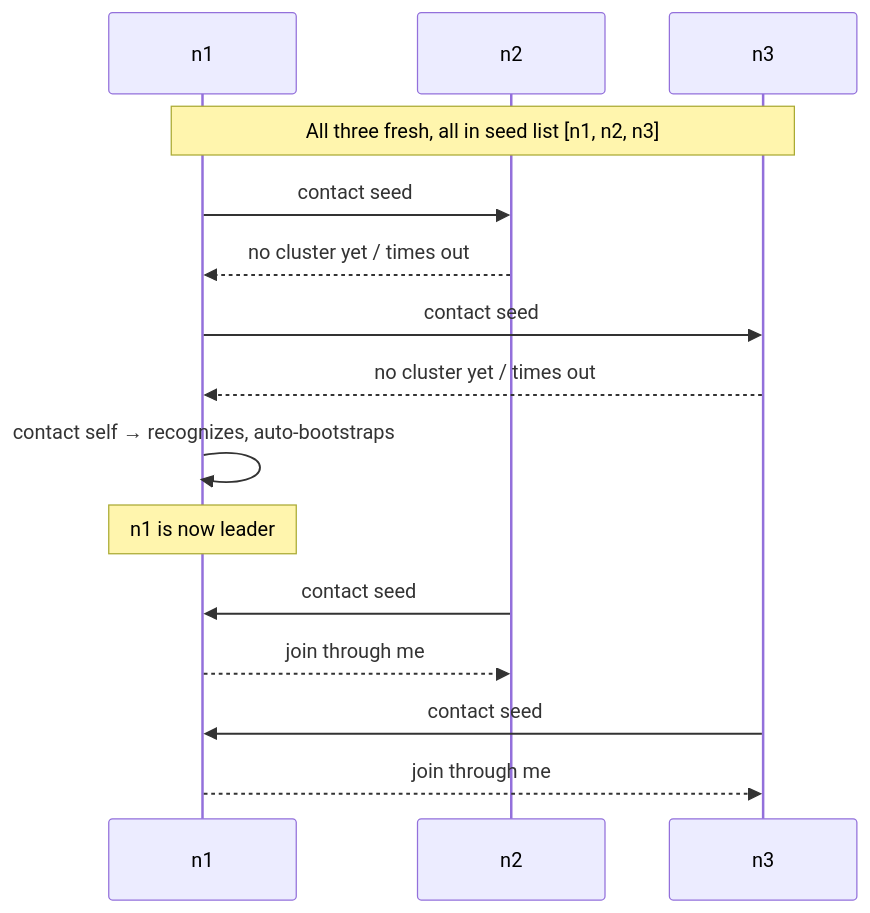
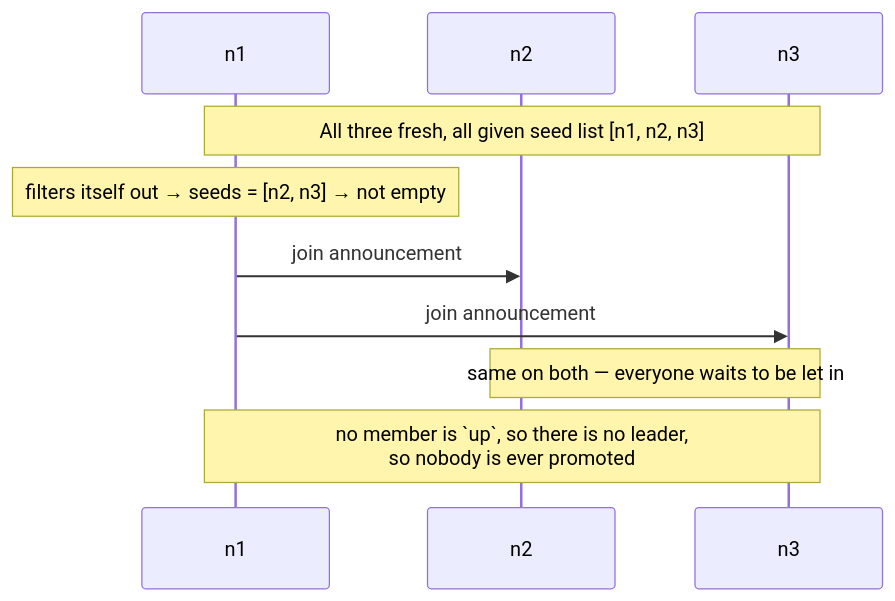
One commit to pathosDev/actor-ts changed the second of 2 diagrams in docs/src/content/docs/cluster/joining-and-seeds.mdx. Above: the diagram before and after it, drawn with Mermaid. The commit also changed other lines of this file and 21 other files, not shown here.

````diff
--- a/docs/src/content/docs/cluster/joining-and-seeds.mdx
+++ b/docs/src/content/docs/cluster/joining-and-seeds.mdx
@@ -101,17 +106,12 @@
 ```mermaid
 sequenceDiagram
   participant N1 as n1
   participant N2 as n2
   participant N3 as n3
-  Note over N1,N3: All three fresh, all in seed list [n1, n2, n3]
-  N1->>N2: contact seed
-  N2-->>N1: no cluster yet / times out
-  N1->>N3: contact seed
-  N3-->>N1: no cluster yet / times out
-  N1->>N1: contact self → recognizes, auto-bootstraps
-  Note over N1: n1 is now leader
-  N2->>N1: contact seed
-  N1-->>N2: join through me
-  N3->>N1: contact seed
-  N1-->>N3: join through me
+  Note over N1,N3: All three fresh, all given seed list [n1, n2, n3]
+  Note over N1: filters itself out → seeds = [n2, n3] → not empty
+  N1->>N2: join announcement
+  N1->>N3: join announcement
+  Note over N2,N3: same on both — everyone waits to be let in
+  Note over N1,N3: no member is `up`, so there is no leader,<br/>so nobody is ever promoted
 ```
````
